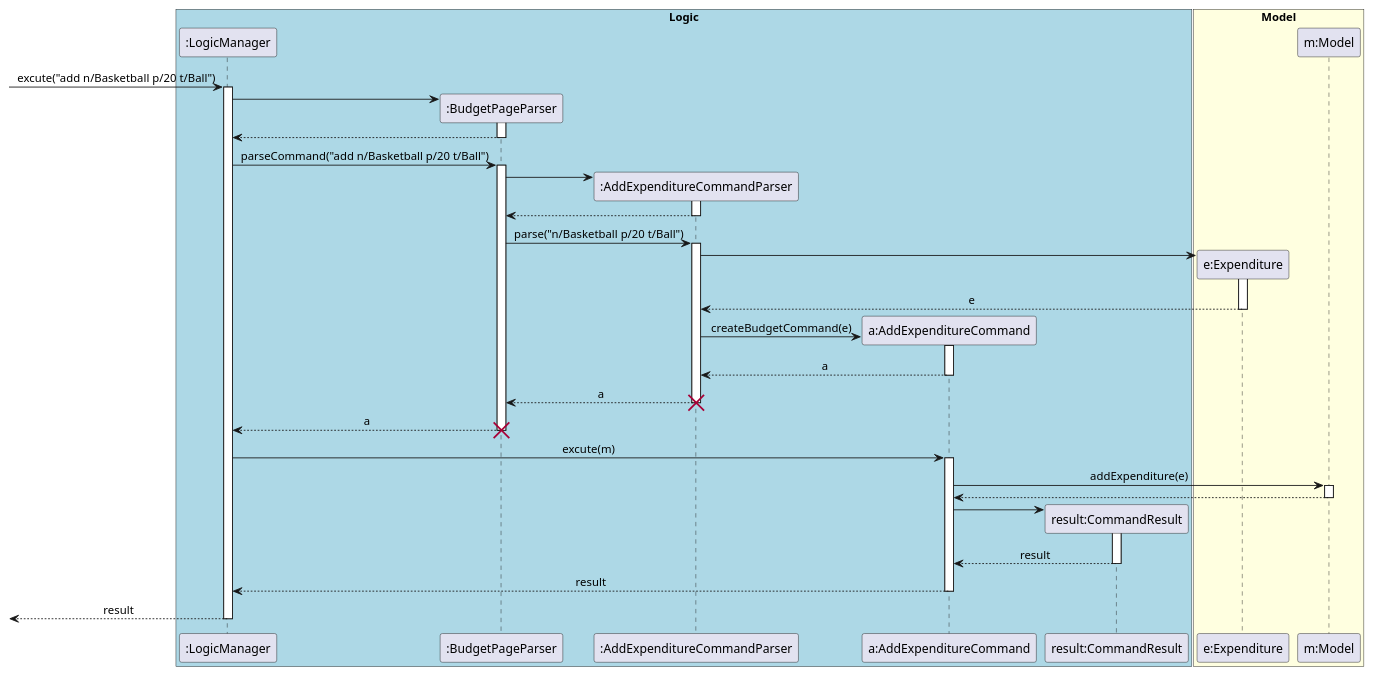
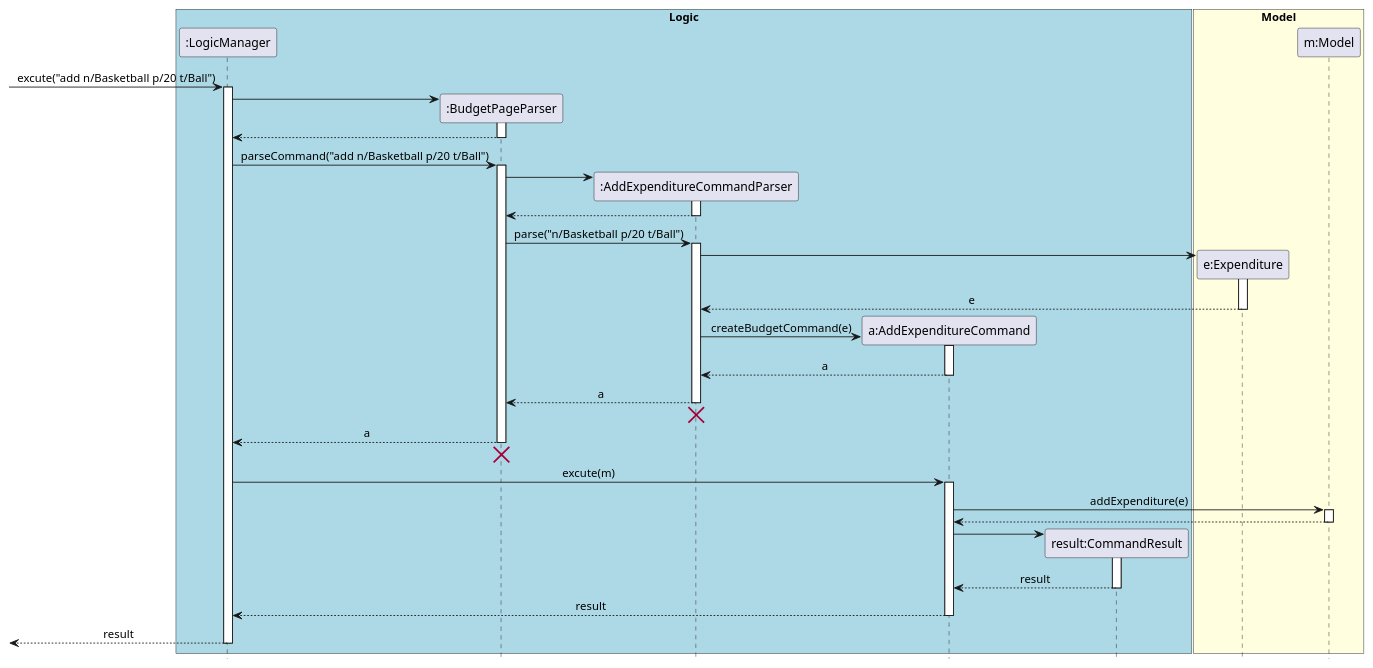
One commit to yu-ming-chen/tp changed the diagram in docs/diagrams/commandsPlantUML/AddExpenditureCommand.puml. Above: the diagram before and after it, drawn with PlantUML. The commit also changed 10 other files, not shown here.

```diff
--- a/docs/diagrams/commandsPlantUML/AddExpenditureCommand.puml
+++ b/docs/diagrams/commandsPlantUML/AddExpenditureCommand.puml
@@ -1,76 +1,79 @@
 @startuml
 skinparam Sequence {
     MessageAlign center
 }
+hide footbox
 box "Logic" #LightBlue
 participant ":LogicManager" as LM
 participant ":BudgetPageParser" as BPP
 participant ":AddExpenditureCommandParser" as AECP
 participant "a:AddExpenditureCommand" as AEC
 participant "result:CommandResult" as CR
 end box
 
 box "Model" #LightYellow
 participant "e:Expenditure" as Expenditure
 participant "m:Model" as M
 end box
 
 [-> LM : excute("add n/Basketball p/20 t/Ball")
 activate LM
 create BPP
 LM -> BPP
 activate BPP
 LM <-- BPP
 
 deactivate BPP
 LM -> BPP : parseCommand("add n/Basketball p/20 t/Ball")
 activate BPP
 
 create AECP
 BPP -> AECP
 activate AECP
 BPP <-- AECP
 deactivate AECP
 BPP -> AECP : parse("n/Basketball p/20 t/Ball")
 activate AECP
 
 create Expenditure
 AECP -> Expenditure
 activate Expenditure
 AECP <-- Expenditure : e
 deactivate Expenditure
 
 create AEC
 AECP -> AEC : createBudgetCommand(e)
 activate AEC
 AECP <-- AEC : a
 deactivate AEC
 BPP <-- AECP : a
-
+deactivate AECP
+BPP <-[hidden]- AECP
 destroy AECP
 
 deactivate AECP
 LM <-- BPP : a
 deactivate BPP
+LM <-[hidden]- BPP
 destroy BPP
 
 LM -> AEC: excute(m)
 
 activate AEC
 AEC -> M : addExpenditure(e)
 activate M
 AEC <-- M
 deactivate M
 
 create CR
 AEC -> CR
 activate CR
 AEC <-- CR : result
 deactivate CR
 
 LM <-- AEC: result
 deactivate AEC
 [<-- LM : result
 deactivate LM
 
 @enduml
```
